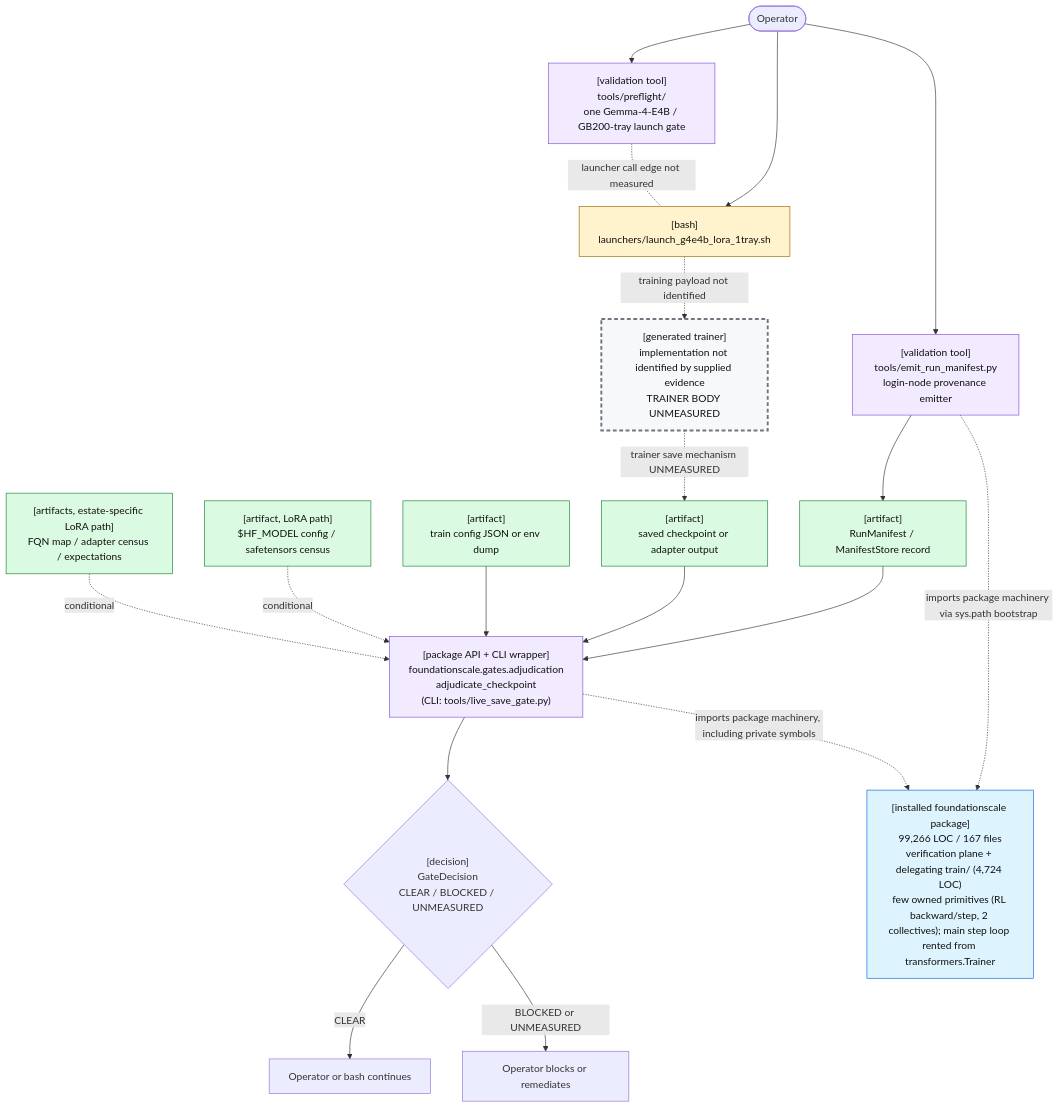
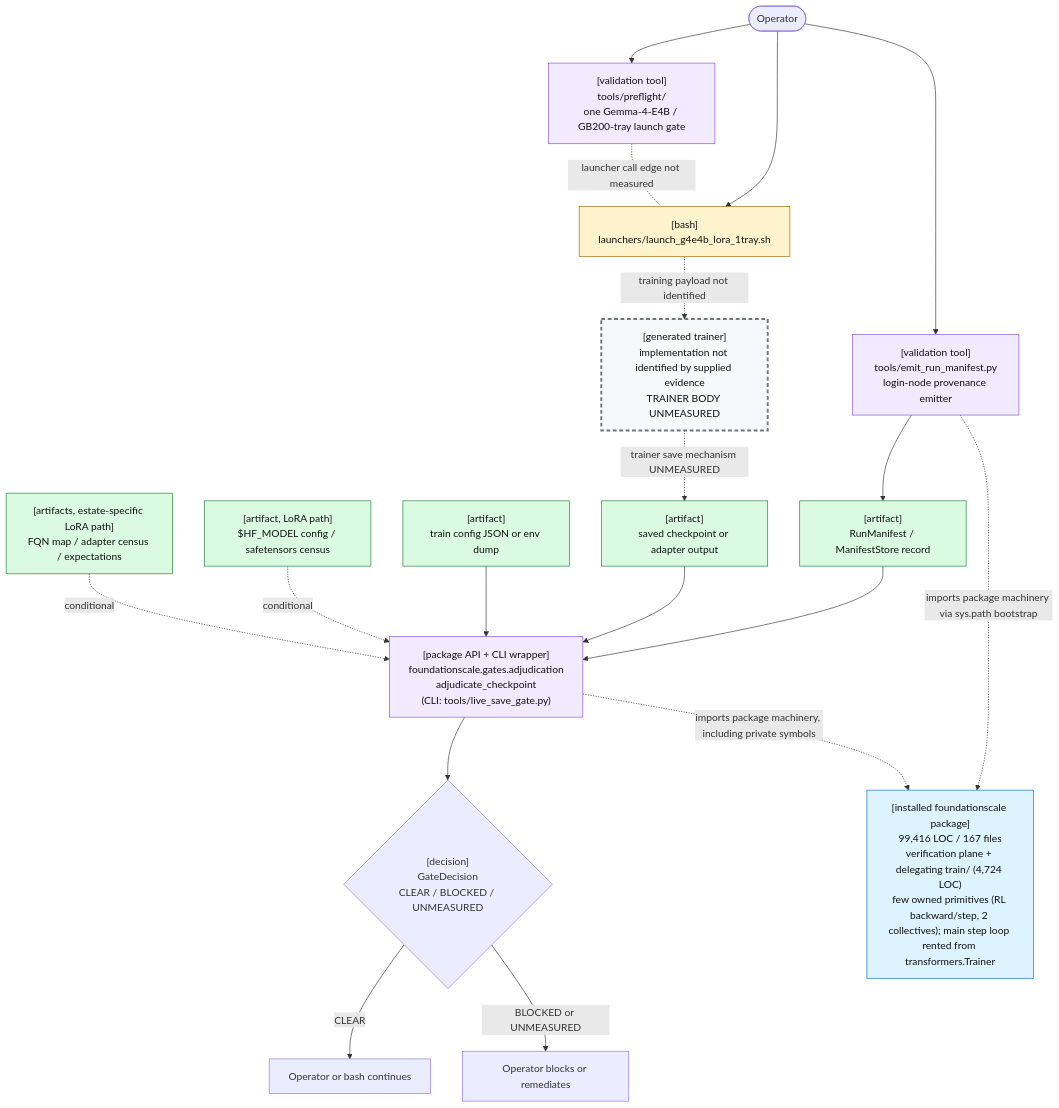
Before and after one commit to TranNhiem/FoundationScale: the first of 2 diagrams in docs/review/D2_current_architecture.md, drawn with Mermaid. The commit also changed other lines of this file and 10 other files, not shown here.

````diff
--- a/docs/review/D2_current_architecture.md
+++ b/docs/review/D2_current_architecture.md
@@ -25,59 +25,59 @@
 ```mermaid
 flowchart TB
   O(["Operator"])
 
   PF["[validation tool]<br/>tools/preflight/<br/>one Gemma-4-E4B / GB200-tray launch gate"]
   L["[bash]<br/>launchers/launch_g4e4b_lora_1tray.sh"]
 
   E["[validation tool]<br/>tools/emit_run_manifest.py<br/>login-node provenance emitter"]
   M["[artifact]<br/>RunManifest / ManifestStore record"]
 
   T["[generated trainer]<br/>implementation not identified by supplied evidence<br/>TRAINER BODY UNMEASURED"]
   C["[artifact]<br/>saved checkpoint or adapter output"]
 
   G["[package API + CLI wrapper]<br/>foundationscale.gates.adjudication<br/>adjudicate_checkpoint<br/>(CLI: tools/live_save_gate.py)"]
   CFG["[artifact]<br/>train config JSON or env dump"]
   BASE["[artifact, LoRA path]<br/>$HF_MODEL config / safetensors census"]
   CEN["[artifacts, estate-specific LoRA path]<br/>FQN map / adapter census / expectations"]
 
   D{"[decision]<br/>GateDecision<br/>CLEAR / BLOCKED / UNMEASURED"}
   OK["Operator or bash continues"]
   NO["Operator blocks or remediates"]
 
-  PKG["[installed foundationscale package]<br/>99,266 LOC / 167 files<br/>verification plane + delegating train/ (4,724 LOC)<br/>few owned primitives (RL backward/step, 2 collectives); main step loop rented from transformers.Trainer"]
+  PKG["[installed foundationscale package]<br/>99,416 LOC / 167 files<br/>verification plane + delegating train/ (4,724 LOC)<br/>few owned primitives (RL backward/step, 2 collectives); main step loop rented from transformers.Trainer"]
 
   O --> PF
   O --> L
   PF -. "launcher call edge not measured" .- L
 
   O --> E
   E --> M
 
   L -. "training payload not identified" .-> T
   T -. "trainer save mechanism UNMEASURED" .-> C
 
   M --> G
   C --> G
   CFG --> G
   BASE -. "conditional" .-> G
   CEN -. "conditional" .-> G
 
   E -. "imports package machinery via sys.path bootstrap" .-> PKG
   G -. "imports package machinery, including private symbols" .-> PKG
 
   G --> D
   D -->|"CLEAR"| OK
   D -->|"BLOCKED or UNMEASURED"| NO
 
   classDef bash fill:#fff3cd,stroke:#9a6700,color:#111;
   classDef tool fill:#f2eaff,stroke:#8250df,color:#111;
   classDef artifact fill:#dafbe1,stroke:#1a7f37,color:#111;
   classDef gap fill:#f6f8fa,stroke:#6e7781,stroke-width:3px,stroke-dasharray: 6 4,color:#111;
   classDef pkg fill:#ddf4ff,stroke:#0969da,color:#111;
 
   class L bash;
   class PF,E,G tool;
   class M,C,CFG,BASE,CEN artifact;
   class T gap;
   class PKG pkg;
 ```
````
